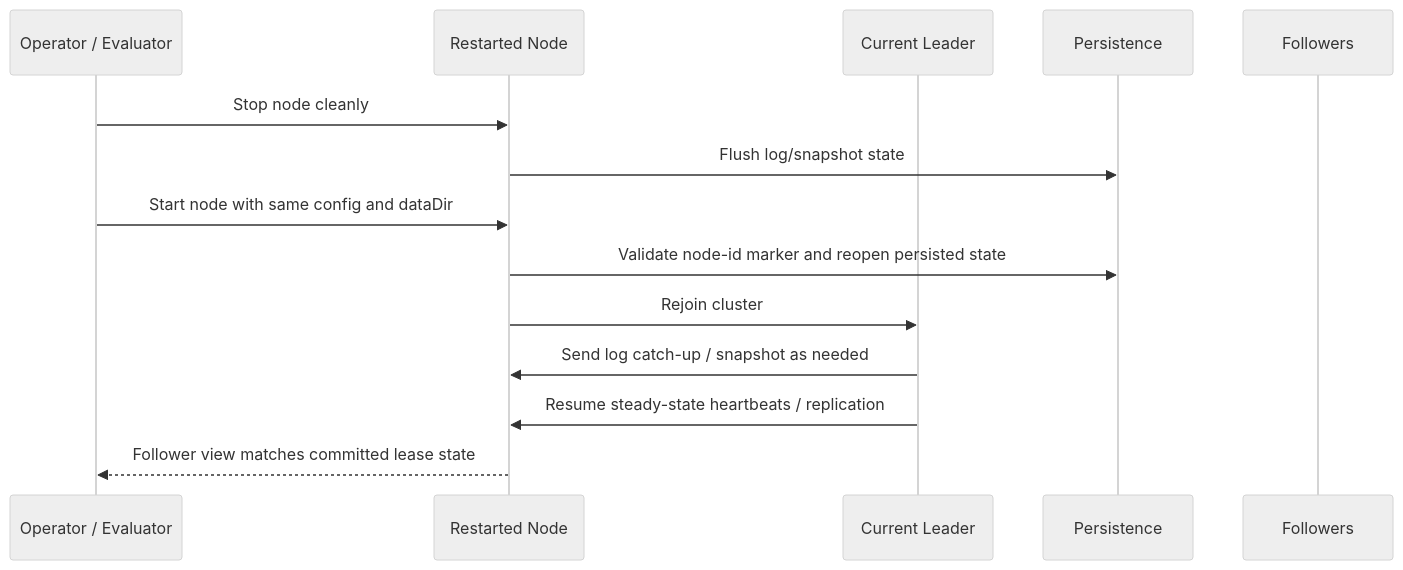
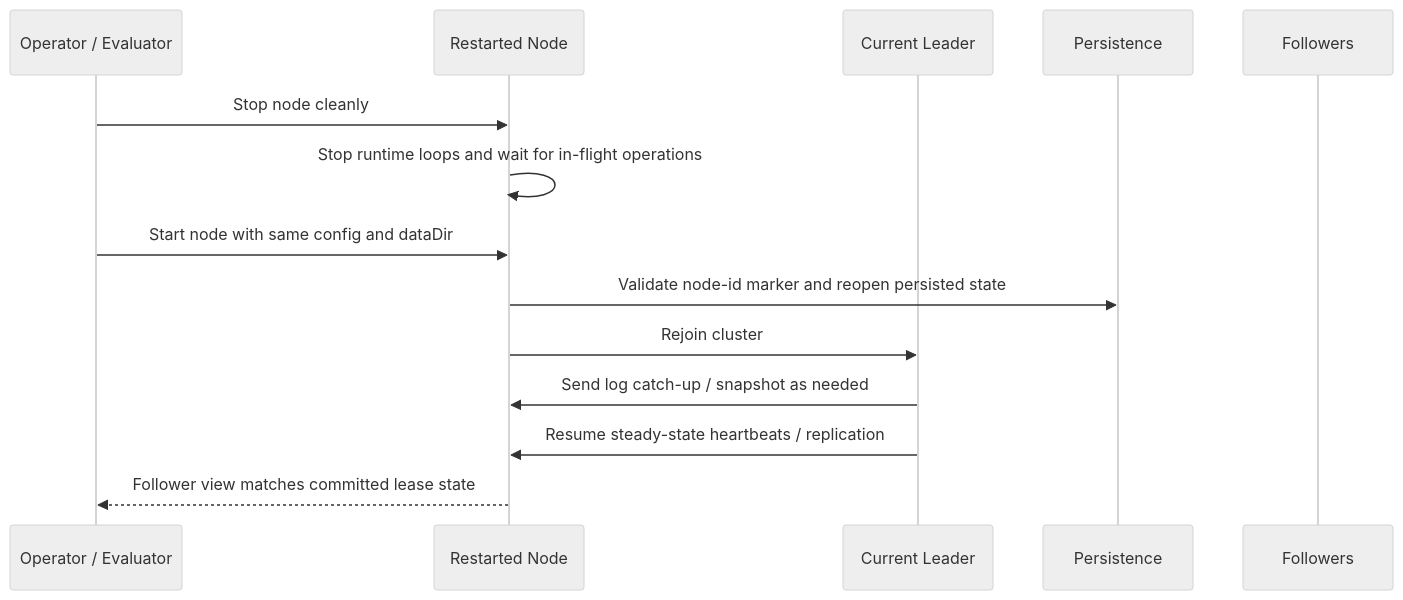
Before and after one commit to richrobertson/tenure: the tenth of 12 diagrams in docs/diagrams/request-flow.md, drawn with Mermaid (neutral theme). The commit also changed other lines of this file, not shown here.

Commit message:
Clarify snapshot and shutdown diagrams

````diff
--- a/docs/diagrams/request-flow.md
+++ b/docs/diagrams/request-flow.md
@@ -172,17 +172,17 @@
 ```mermaid
 sequenceDiagram
     participant O as Operator / Evaluator
     participant N as Restarted Node
     participant L as Current Leader
     participant P as Persistence
     participant F as Followers
 
     O->>N: Stop node cleanly
-    N->>P: Flush log/snapshot state
+    N->>N: Stop runtime loops and wait for in-flight operations
     O->>N: Start node with same config and dataDir
     N->>P: Validate node-id marker and reopen persisted state
     N->>L: Rejoin cluster
     L->>N: Send log catch-up / snapshot as needed
     L->>N: Resume steady-state heartbeats / replication
     N-->>O: Follower view matches committed lease state
 ```
````
